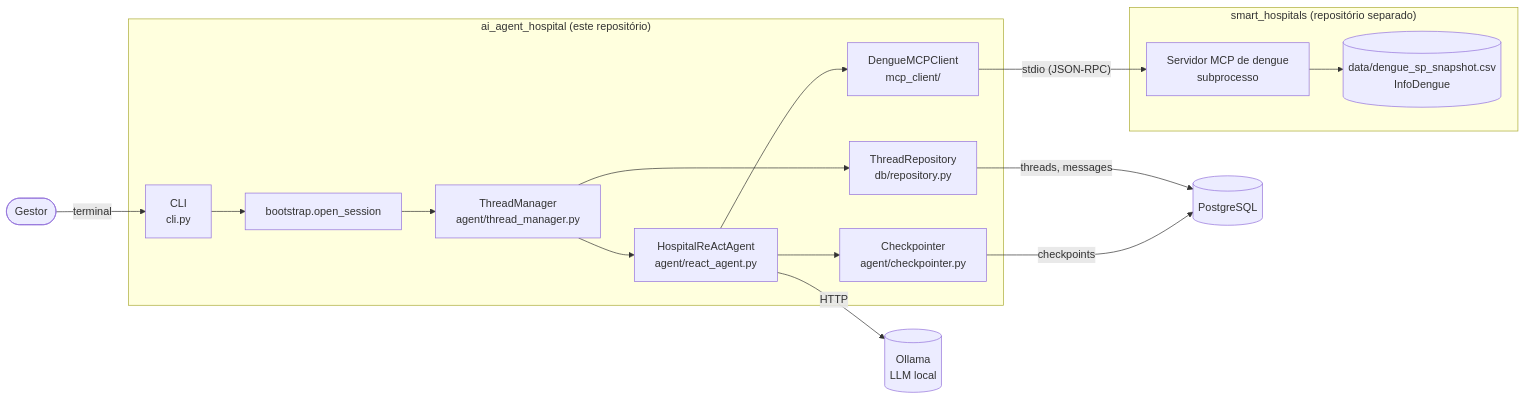
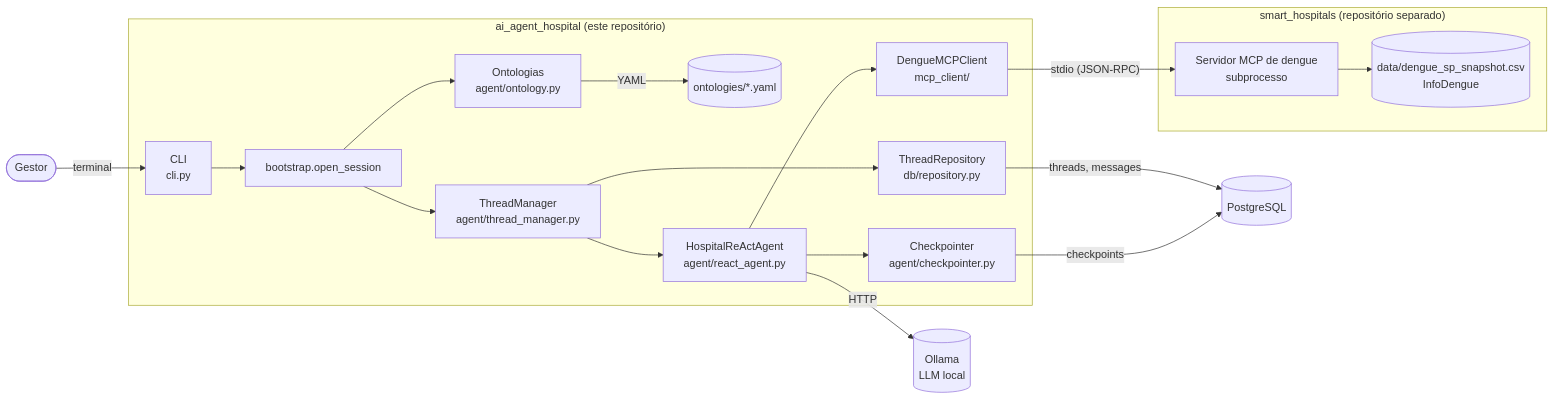
The first of 2 diagrams in docs/architecture.md (kajus9138/ai_agent_hospital), drawn with Mermaid before and after one commit. The commit also changed other lines of this file and 4 other files, not shown here.

````diff
--- a/docs/architecture.md
+++ b/docs/architecture.md
@@ -9,22 +9,24 @@
 ```mermaid
 flowchart LR
     user([Gestor]) -->|terminal| cli
 
     subgraph repo["ai_agent_hospital (este repositório)"]
         cli["CLI<br/>cli.py"] --> boot["bootstrap.open_session"]
+        boot --> onto["Ontologias<br/>agent/ontology.py"]
+        onto -->|"YAML"| ontofiles[("ontologies/*.yaml")]
         boot --> tm["ThreadManager<br/>agent/thread_manager.py"]
         tm --> agent["HospitalReActAgent<br/>agent/react_agent.py"]
         tm --> repoDb["ThreadRepository<br/>db/repository.py"]
         agent --> ckpt["Checkpointer<br/>agent/checkpointer.py"]
         agent --> mcpc["DengueMCPClient<br/>mcp_client/"]
     end
 
     agent -->|HTTP| ollama[("Ollama<br/>LLM local")]
     repoDb -->|"threads, messages"| pg[("PostgreSQL")]
     ckpt -->|"checkpoints"| pg
     mcpc -->|"stdio (JSON-RPC)"| mcp["Servidor MCP de dengue<br/>subprocesso"]
 
     subgraph ext["smart_hospitals (repositório separado)"]
         mcp --> csv[("data/dengue_sp_snapshot.csv<br/>InfoDengue")]
     end
 ```
````
